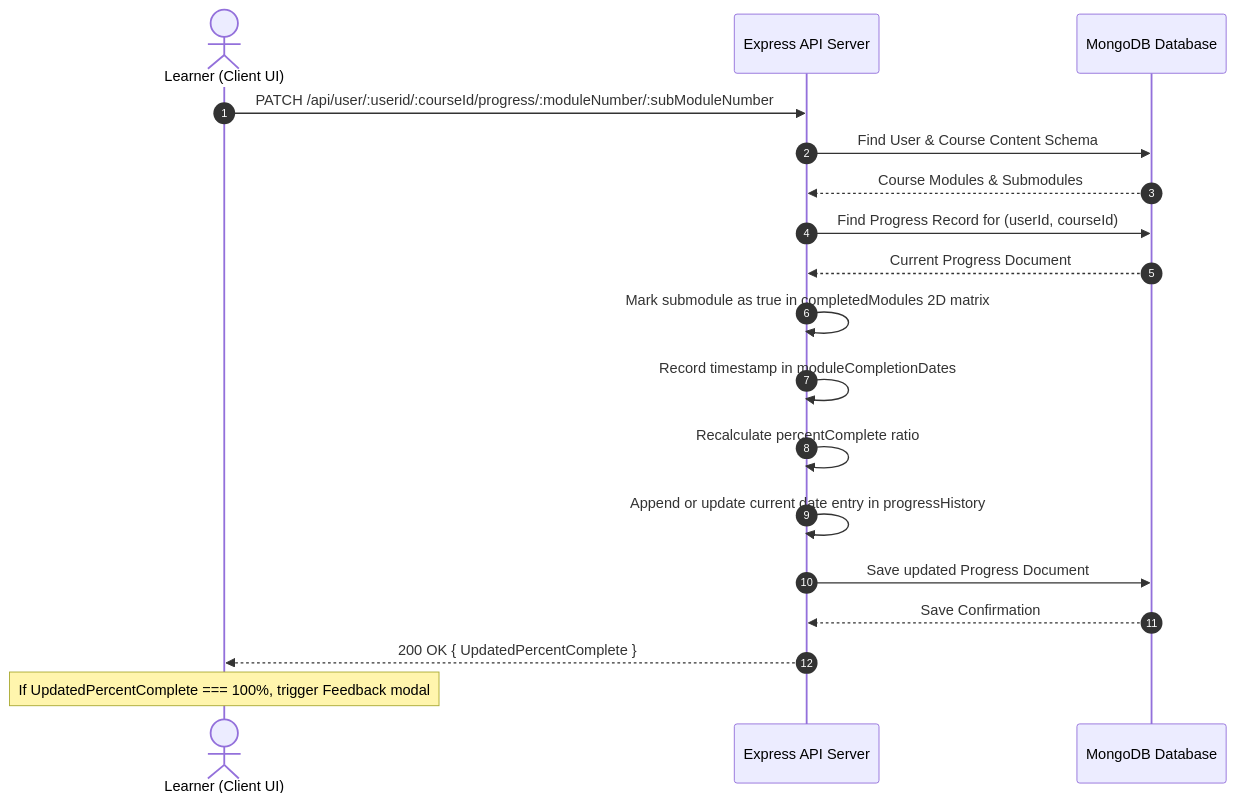
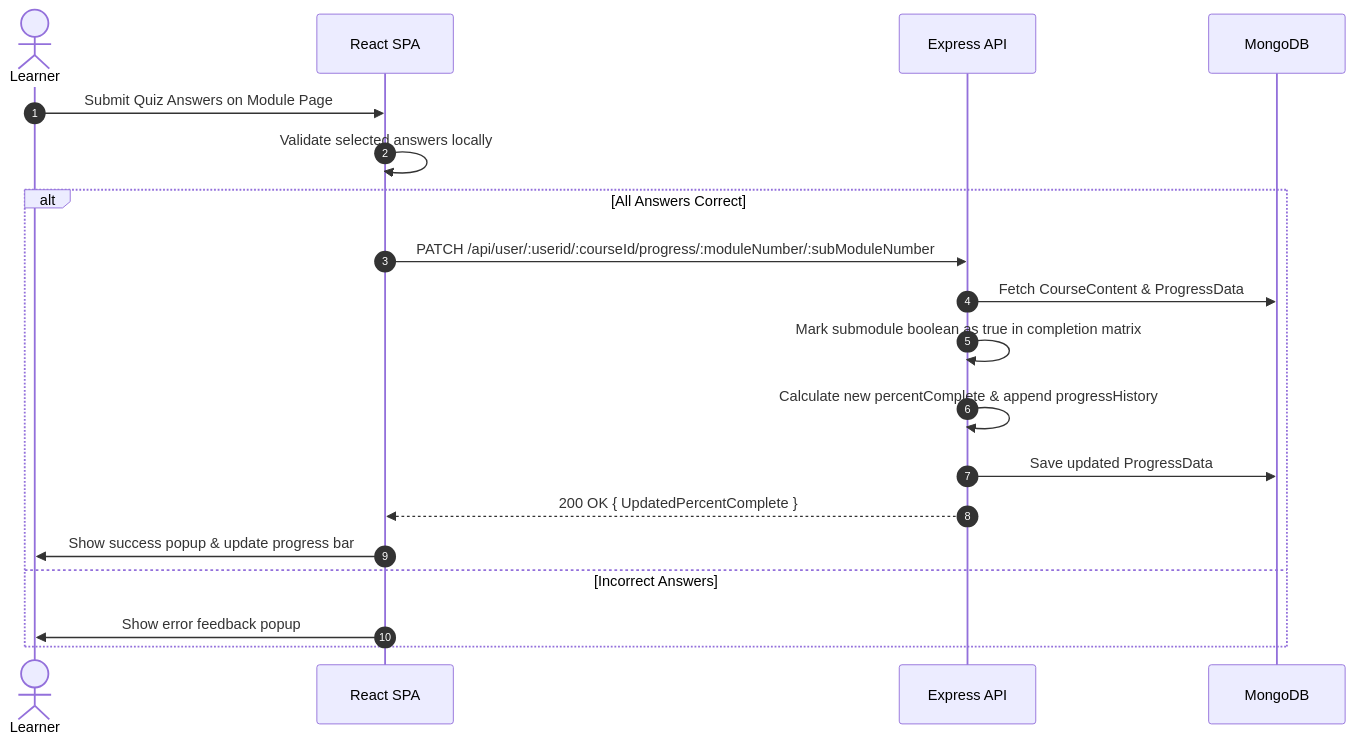
The fourth of 4 diagrams in architecture.md (abdul8704/EduTrack), drawn with Mermaid before and after one commit. The commit also changed other lines of this file, not shown here.

Commit message:
docs: update system architecture and technical documentation

````diff
--- a/architecture.md
+++ b/architecture.md
@@ -237,21 +319,22 @@
 ```mermaid
 sequenceDiagram
     autonumber
-    actor Learner as Learner (Client UI)
-    participant API as Express API Server
-    participant DB as MongoDB Database
+    actor User as Learner
+    participant React as React SPA
+    participant API as Express API
+    participant DB as MongoDB
 
-    Learner->>API: PATCH /api/user/:userid/:courseId/progress/:moduleNumber/:subModuleNumber
-    API->>DB: Find User & Course Content Schema
-    DB-->>API: Course Modules & Submodules
-    API->>DB: Find Progress Record for (userId, courseId)
-    DB-->>API: Current Progress Document
-    API->>API: Mark submodule as true in completedModules 2D matrix
-    API->>API: Record timestamp in moduleCompletionDates
-    API->>API: Recalculate percentComplete ratio
-    API->>API: Append or update current date entry in progressHistory
-    API->>DB: Save updated Progress Document
-    DB-->>API: Save Confirmation
-    API-->>Learner: 200 OK { UpdatedPercentComplete }
-    Note over Learner: If UpdatedPercentComplete === 100%, trigger Feedback modal
+    User->>React: Submit Quiz Answers on Module Page
+    React->>React: Validate selected answers locally
+    alt All Answers Correct
+        React->>API: PATCH /api/user/:userid/:courseId/progress/:moduleNumber/:subModuleNumber
+        API->>DB: Fetch CourseContent & ProgressData
+        API->>API: Mark submodule boolean as true in completion matrix
+        API->>API: Calculate new percentComplete & append progressHistory
+        API->>DB: Save updated ProgressData
+        API-->>React: 200 OK { UpdatedPercentComplete }
+        React->>User: Show success popup & update progress bar
+    else Incorrect Answers
+        React->>User: Show error feedback popup
+    end
 ```
````
